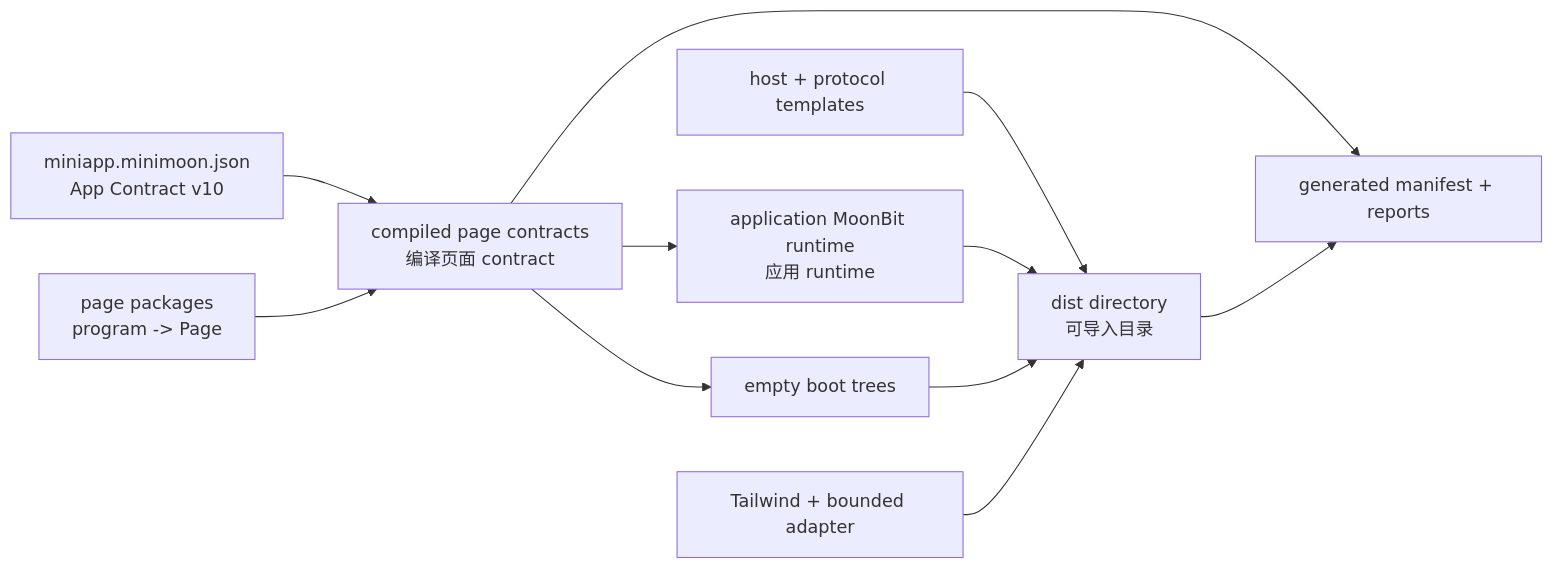
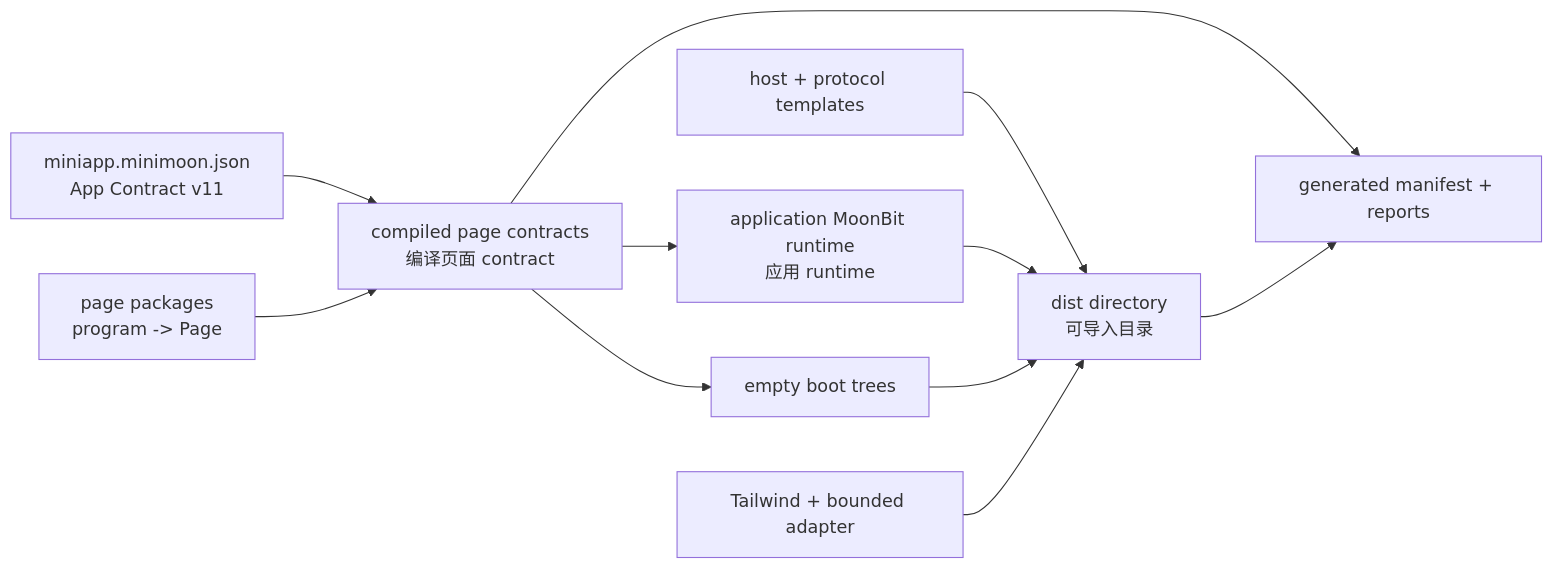
Before and after one commit to lucavance/minimoon: the diagram in docs/code-analysis/assets/diagrams/source/06-BUILD-VERIFY-AND-RELEASE-1.mmd, drawn with Mermaid. The commit also changed 207 other files, not shown here.

```diff
--- a/docs/code-analysis/assets/diagrams/source/06-BUILD-VERIFY-AND-RELEASE-1.mmd
+++ b/docs/code-analysis/assets/diagrams/source/06-BUILD-VERIFY-AND-RELEASE-1.mmd
@@ -1,21 +1,21 @@
 flowchart LR
-    Config[miniapp.minimoon.json<br/>App Contract v10]
+    Config[miniapp.minimoon.json<br/>App Contract v11]
     PagePkg[page packages<br/>program -> Page]
     Contract[compiled page contracts<br/>编译页面 contract]
     AppRuntime[application MoonBit runtime<br/>应用 runtime]
     Host[host + protocol templates]
     Initial[empty boot trees]
     Tailwind[Tailwind + bounded adapter]
     Dist[dist directory<br/>可导入目录]
     Reports[generated manifest + reports]
 
     Config --> Contract
     PagePkg --> Contract
     Contract --> AppRuntime
     Contract --> Initial
     Host --> Dist
     AppRuntime --> Dist
     Initial --> Dist
     Tailwind --> Dist
     Contract --> Reports
     Dist --> Reports
```
